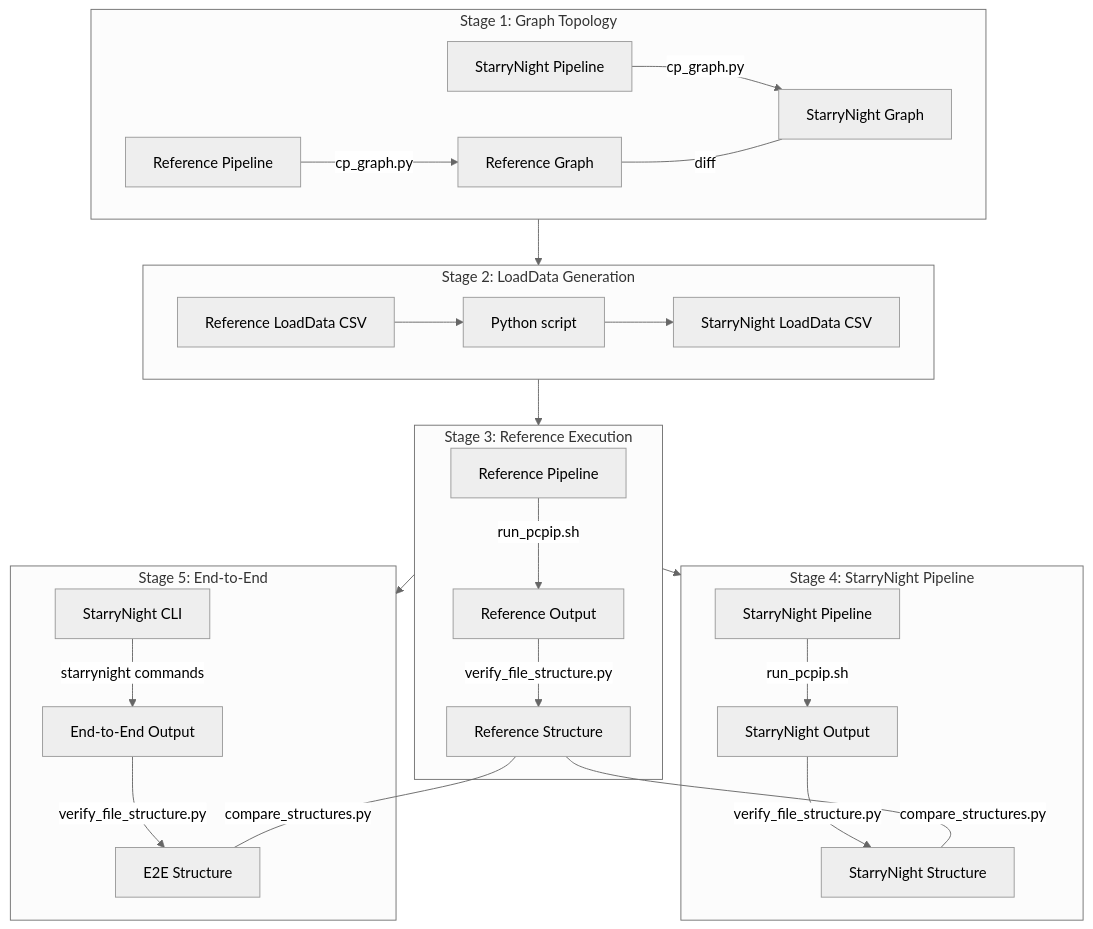
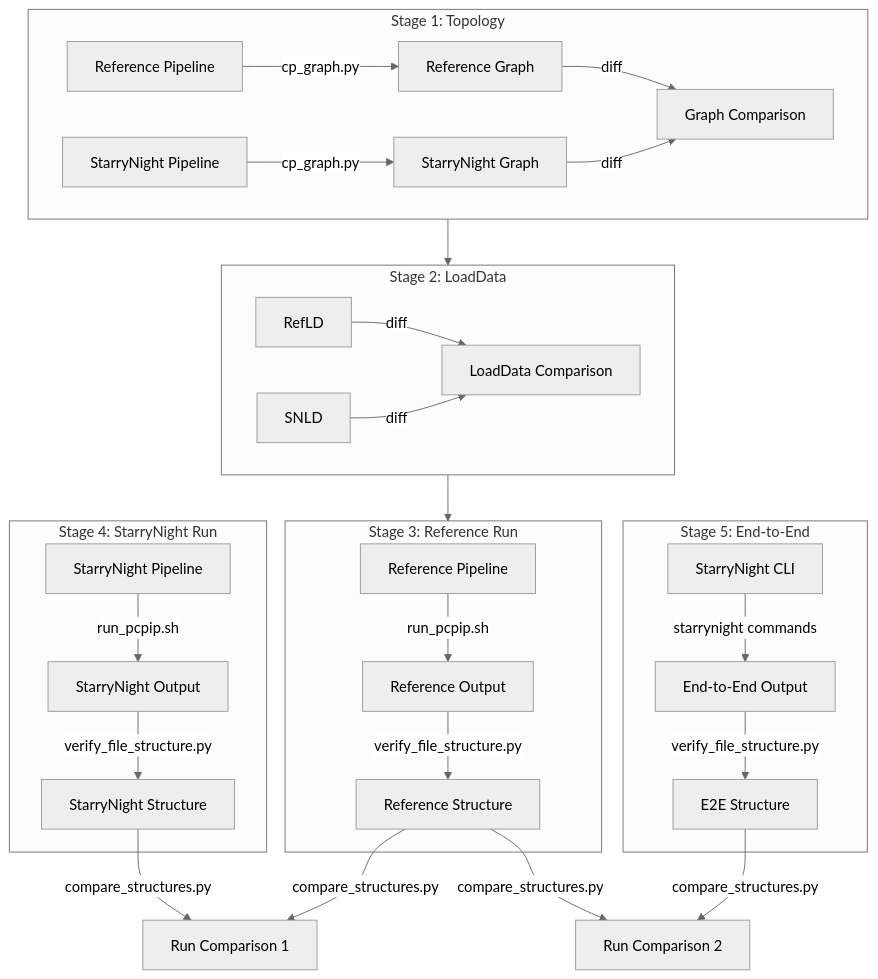
Before and after one commit to broadinstitute/starrynight: the diagram in docs/tester/README.md, drawn with Mermaid (neutral theme). The commit also changed other lines of this file, not shown here.

````diff
--- a/docs/tester/README.md
+++ b/docs/tester/README.md
@@ -101,34 +102,41 @@
 ```mermaid
 flowchart TD
-    subgraph Stage1["Stage 1: Graph Topology"]
-        A1[Reference Pipeline] -->|cp_graph.py| B1[Reference Graph]
-        A2[StarryNight Pipeline] -->|cp_graph.py| B2[StarryNight Graph]
-        B1 ---|diff| B2
+    subgraph Stage1["Stage 1: Topology"]
+        RefPipe[Reference Pipeline] -->|cp_graph.py| RefGraph[Reference Graph]
+        SNPipe[StarryNight Pipeline] -->|cp_graph.py| SNGraph[StarryNight Graph]
+        RefGraph -->|diff| GraphComp
+        SNGraph -->|diff| GraphComp
+        GraphComp[Graph Comparison]
     end
 
-    subgraph Stage2["Stage 2: LoadData Generation"]
-        C1[Reference LoadData CSV] --> C3[Python script]
-        C3 --> C2[StarryNight LoadData CSV]
+    subgraph Stage2["Stage 2: LoadData"]
+        RefLD -->|diff| LDComp
+        SNLD -->|diff| LDComp
+        LDComp[LoadData Comparison]
     end
 
-    subgraph Stage3["Stage 3: Reference Execution"]
-        D1[Reference Pipeline] -->|run_pcpip.sh| E1[Reference Output]
-        E1 -->|verify_file_structure.py| F1[Reference Structure]
+    subgraph Stage3["Stage 3: Reference Run"]
+        RefPipeExec[Reference Pipeline] -->|run_pcpip.sh| RefOut[Reference Output]
+        RefOut -->|verify_file_structure.py| RefStruct[Reference Structure]
     end
 
-    subgraph Stage4["Stage 4: StarryNight Pipeline"]
-        D2[StarryNight Pipeline] -->|run_pcpip.sh| E2[StarryNight Output]
-        E2 -->|verify_file_structure.py| F2[StarryNight Structure]
+    subgraph Stage4["Stage 4: StarryNight Run"]
+        SNPipeExec[StarryNight Pipeline] -->|run_pcpip.sh| SNOut[StarryNight Output]
+        SNOut -->|verify_file_structure.py| SNStruct[StarryNight Structure]
     end
 
     subgraph Stage5["Stage 5: End-to-End"]
-        G1[StarryNight CLI] -->|starrynight commands| G2[End-to-End Output]
-        G2 -->|verify_file_structure.py| G3[E2E Structure]
+        SNCLI[StarryNight CLI] -->|starrynight commands| E2EOut[End-to-End Output]
+        E2EOut -->|verify_file_structure.py| E2EStruct[E2E Structure]
     end
 
     Stage1 --> Stage2 --> Stage3
-    Stage3 --> Stage4
-    Stage3 --> Stage5
-    F1 ---|compare_structures.py| F2
-    F1 ---|compare_structures.py| G3
+    SNStruct -->|compare_structures.py| RefComp1
+    RefStruct -->|compare_structures.py| RefComp1
+    RefComp1[Run Comparison 1]
+
+    RefStruct -->|compare_structures.py| RefComp2
+    E2EStruct -->|compare_structures.py| RefComp2
+    RefComp2[Run Comparison 2]
+
 ```
````
